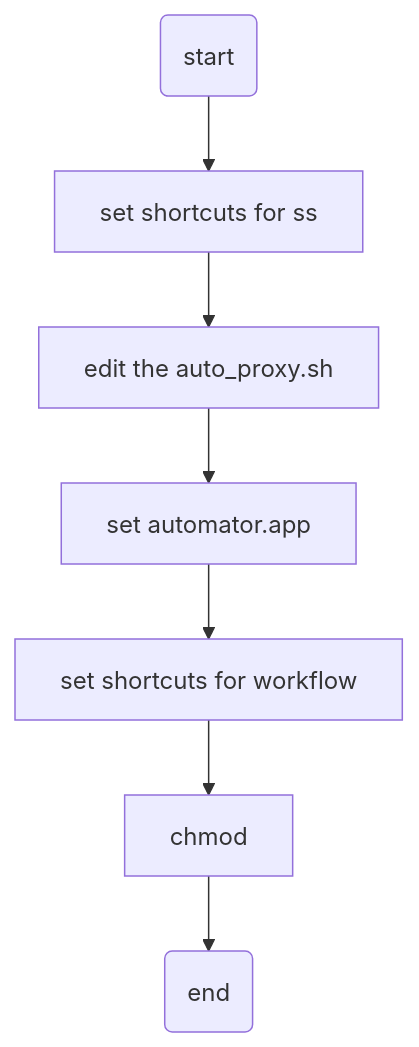
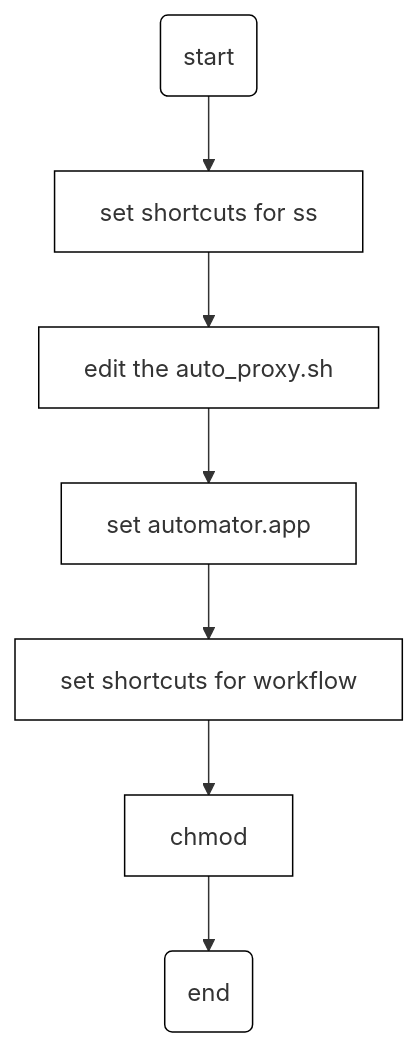
The diagram in docs/apple.md (idlewith/blog), drawn with Mermaid before and after one commit. The commit also changed 1 other file, not shown here.

Commit message:
change diagram color

````diff
--- a/docs/apple.md
+++ b/docs/apple.md
@@ -24,9 +24,10 @@
 ```mermaid
-flowchart TD
-A(start) --> B[set shortcuts for ss]
-B --> C[edit the auto_proxy.sh]
-C --> D[set automator.app]
-D --> E[set shortcuts for workflow]
-E --> F[chmod]
-F --> G(end)
+graph TD
+    A(start) --> B[set shortcuts for ss]
+    B --> C[edit the auto_proxy.sh]
+    C --> D[set automator.app]
+    D --> E[set shortcuts for workflow]
+    E --> F[chmod]
+    F --> G(end)
+classDef default fill:#fff,stroke:#000
 ```
````
